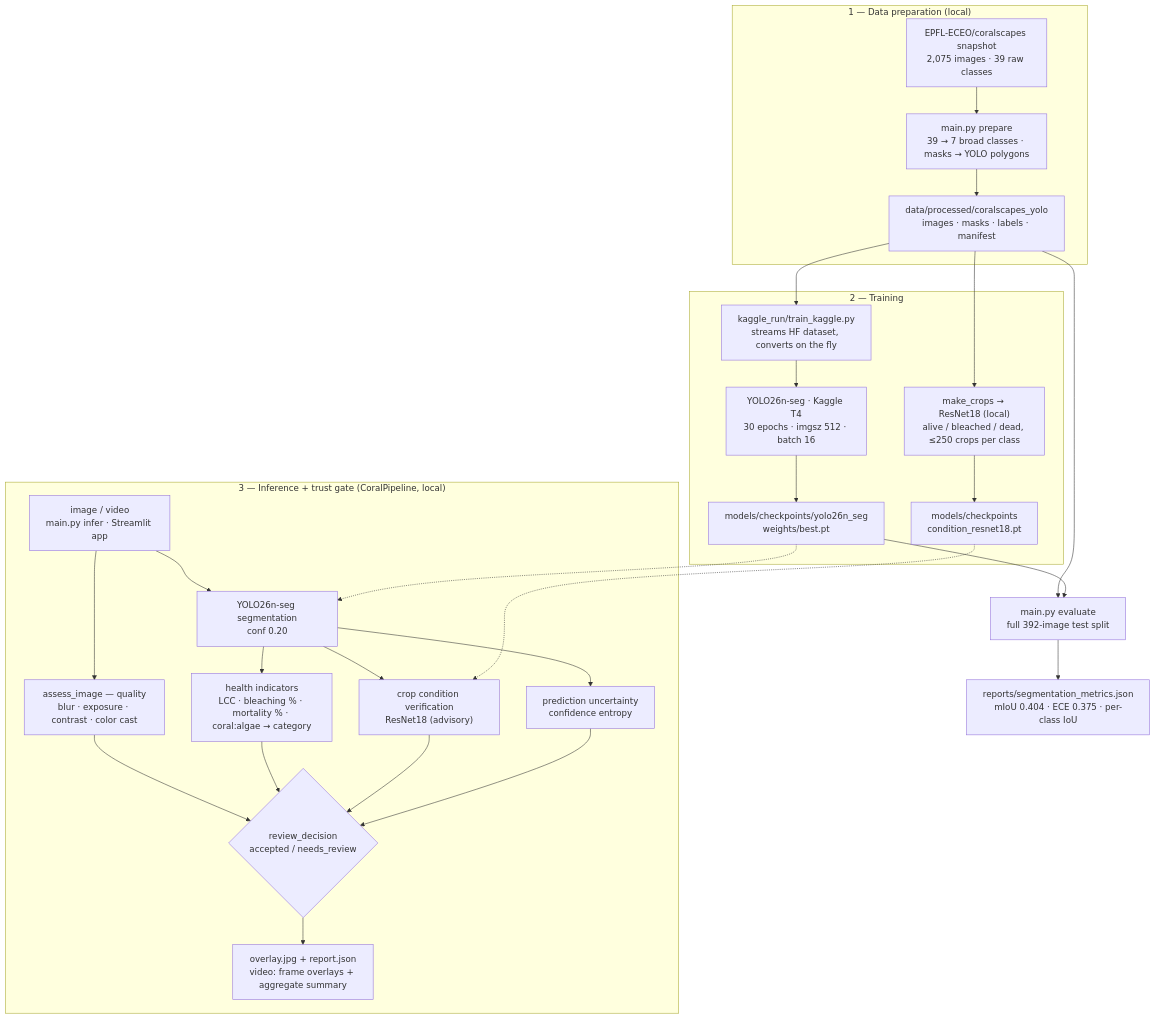
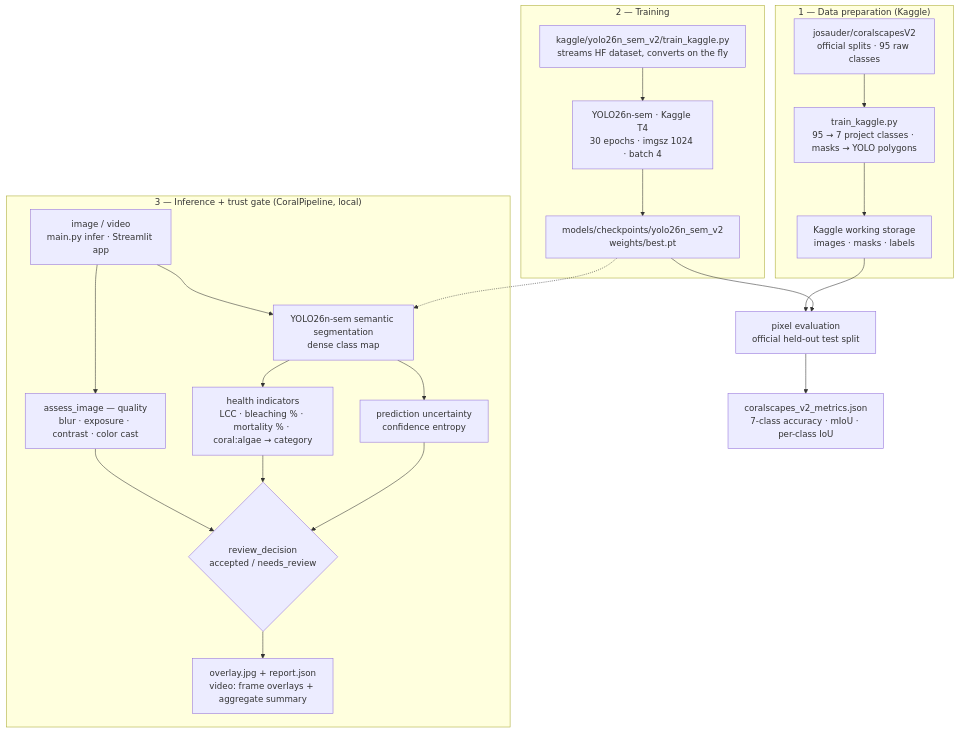
The diagram in README.md (nahilr/coral-reef-health), drawn with Mermaid before and after one commit. The commit also changed other lines of this file and 44 other files, not shown here.

First line of the commit message:
feat(models): native 7-class YOLO training, checkpoints, benchmark reports, and documentation

````diff
--- a/README.md
+++ b/README.md
@@ -84,49 +202,40 @@
 ```mermaid
 flowchart TD
-    subgraph S1["1 — Data preparation (local)"]
-        A["EPFL-ECEO/coralscapes snapshot<br/>2,075 images · 39 raw classes"]
-        B["main.py prepare<br/>39 → 7 broad classes · masks → YOLO polygons"]
-        C["data/processed/coralscapes_yolo<br/>images · masks · labels · manifest"]
+    subgraph S1["1 — Data preparation (Kaggle)"]
+        A["josauder/coralscapesV2<br/>official splits · 95 raw classes"]
+        B["train_kaggle.py<br/>95 → 7 project classes · masks → YOLO polygons"]
+        C["Kaggle working storage<br/>images · masks · labels"]
         A --> B --> C
     end
 
     subgraph S2["2 — Training"]
-        D["kaggle_run/train_kaggle.py<br/>streams HF dataset, converts on the fly"]
-        E["YOLO26n-seg · Kaggle T4<br/>30 epochs · imgsz 512 · batch 16"]
-        F["models/checkpoints/yolo26n_seg<br/>weights/best.pt"]
-        G["make_crops → ResNet18 (local)<br/>alive / bleached / dead, ≤250 crops per class"]
-        H["models/checkpoints<br/>condition_resnet18.pt"]
+        D["kaggle/yolo26n_sem_v2/train_kaggle.py<br/>streams HF dataset, converts on the fly"]
+        E["YOLO26n-sem · Kaggle T4<br/>30 epochs · imgsz 1024 · batch 4"]
+        F["models/checkpoints/yolo26n_sem_v2<br/>weights/best.pt"]
         D --> E --> F
-        G --> H
     end
 
-    C --> D
-    C --> G
-    C --> I["main.py evaluate<br/>full 392-image test split"]
+    C --> I["pixel evaluation<br/>official held-out test split"]
     F --> I
-    I --> J["reports/segmentation_metrics.json<br/>mIoU 0.404 · ECE 0.375 · per-class IoU"]
+    I --> J["coralscapes_v2_metrics.json<br/>7-class accuracy · mIoU · per-class IoU"]
 
     subgraph S3["3 — Inference + trust gate (CoralPipeline, local)"]
         K["image / video<br/>main.py infer · Streamlit app"]
         L["assess_image — quality<br/>blur · exposure · contrast · color cast"]
-        M["YOLO26n-seg segmentation<br/>conf 0.20"]
+        M["YOLO26n-sem semantic segmentation<br/>dense class map"]
         N["health indicators<br/>LCC · bleaching % · mortality % · coral:algae → category"]
-        O["crop condition verification<br/>ResNet18 (advisory)"]
         P["prediction uncertainty<br/>confidence entropy"]
         Q{"review_decision<br/>accepted / needs_review"}
         R["overlay.jpg + report.json<br/>video: frame overlays + aggregate summary"]
         K --> L
         K --> M
         M --> N
-        M --> O
         M --> P
         L --> Q
         N --> Q
-        O --> Q
         P --> Q
         Q --> R
     end
 
     F -.-> M
-    H -.-> O
 ```
````
